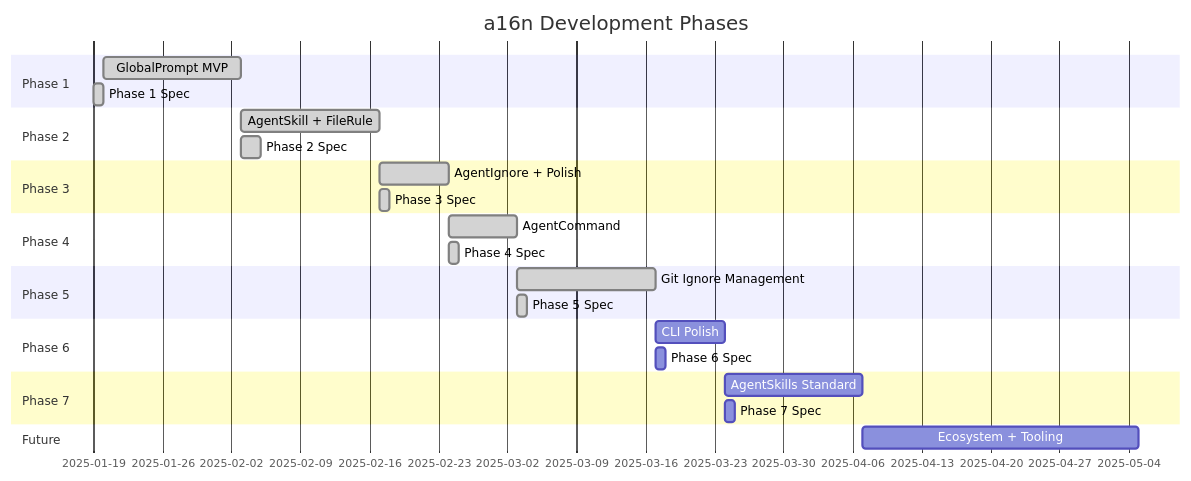
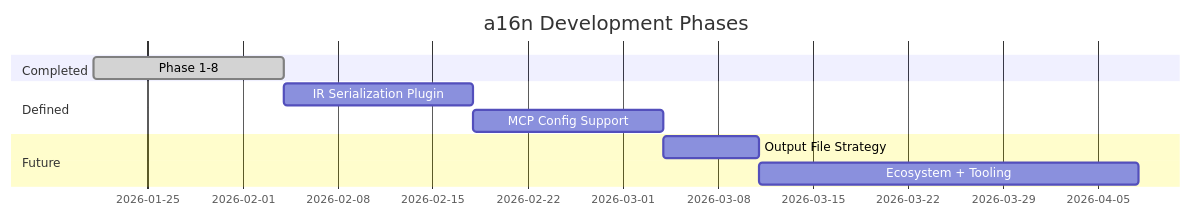
The diagram in planning/ROADMAP.md (Texarkanine/a16n), drawn with Mermaid before and after one commit. The commit also changed other lines of this file and 18 other files, not shown here.

Commit message:
chore(docs): Add Phase 9 & 10 to Roadmap, clean up "planning" docs. (#30)

````diff
--- a/planning/ROADMAP.md
+++ b/planning/ROADMAP.md
@@ -7,28 +9,13 @@
 ```mermaid
 gantt
     title a16n Development Phases
     dateFormat  YYYY-MM-DD
-    section Phase 1
-        GlobalPrompt MVP           :done, p1, 2025-01-20, 2w
-        Phase 1 Spec               :done, p1spec, 2025-01-19, 1d
-    section Phase 2
-        AgentSkill + FileRule      :done, p2, after p1, 2w
-        Phase 2 Spec               :done, p2spec, after p1, 2d
-    section Phase 3
-        AgentIgnore + Polish       :done, p3, after p2, 1w
-        Phase 3 Spec               :done, p3spec, after p2, 1d
-    section Phase 4
-        AgentCommand               :done, p4, after p3, 1w
-        Phase 4 Spec               :done, p4spec, after p3, 1d
-    section Phase 5
-        Git Ignore Management      :done, p5, after p4, 2w
-        Phase 5 Spec               :done, p5spec, after p4, 1d
-    section Phase 6
-        CLI Polish                 :p6, after p5, 1w
-        Phase 6 Spec               :p6spec, after p5, 1d
-    section Phase 7
-        AgentSkills Standard       :p7, after p6, 2w
-        Phase 7 Spec               :p7spec, after p6, 1d
+    section Completed
+        Phase 1-8                :done, p1to8, 2026-01-21, 2w
+    section Defined
+        IR Serialization Plugin  :p9, after p1to8, 2w
+        MCP Config Support       :p10, after p9, 2w
     section Future
-        Ecosystem + Tooling        :p8, after p7, 4w
+        Output File Strategy     :pOFS, after p10, 1w
+        Ecosystem + Tooling      :pEco, after pOFS, 4w
 ```
````
